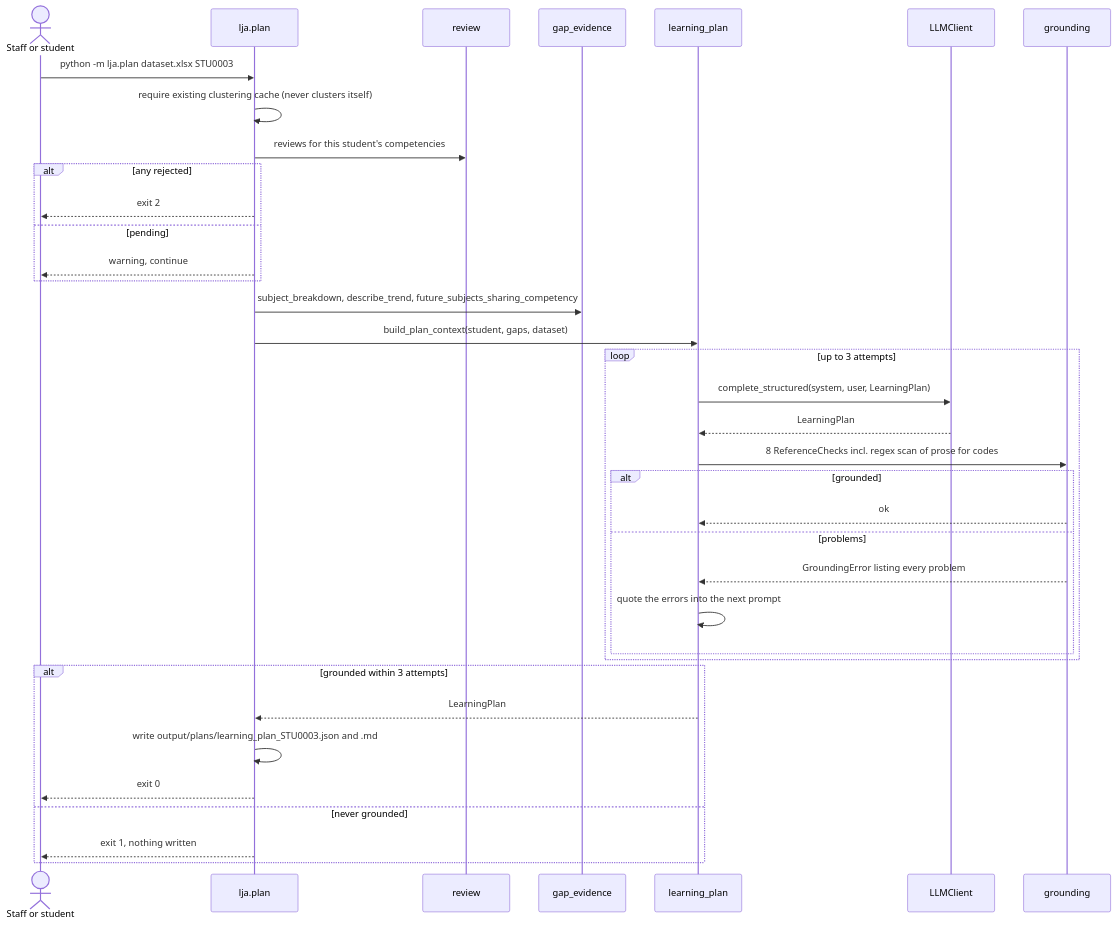
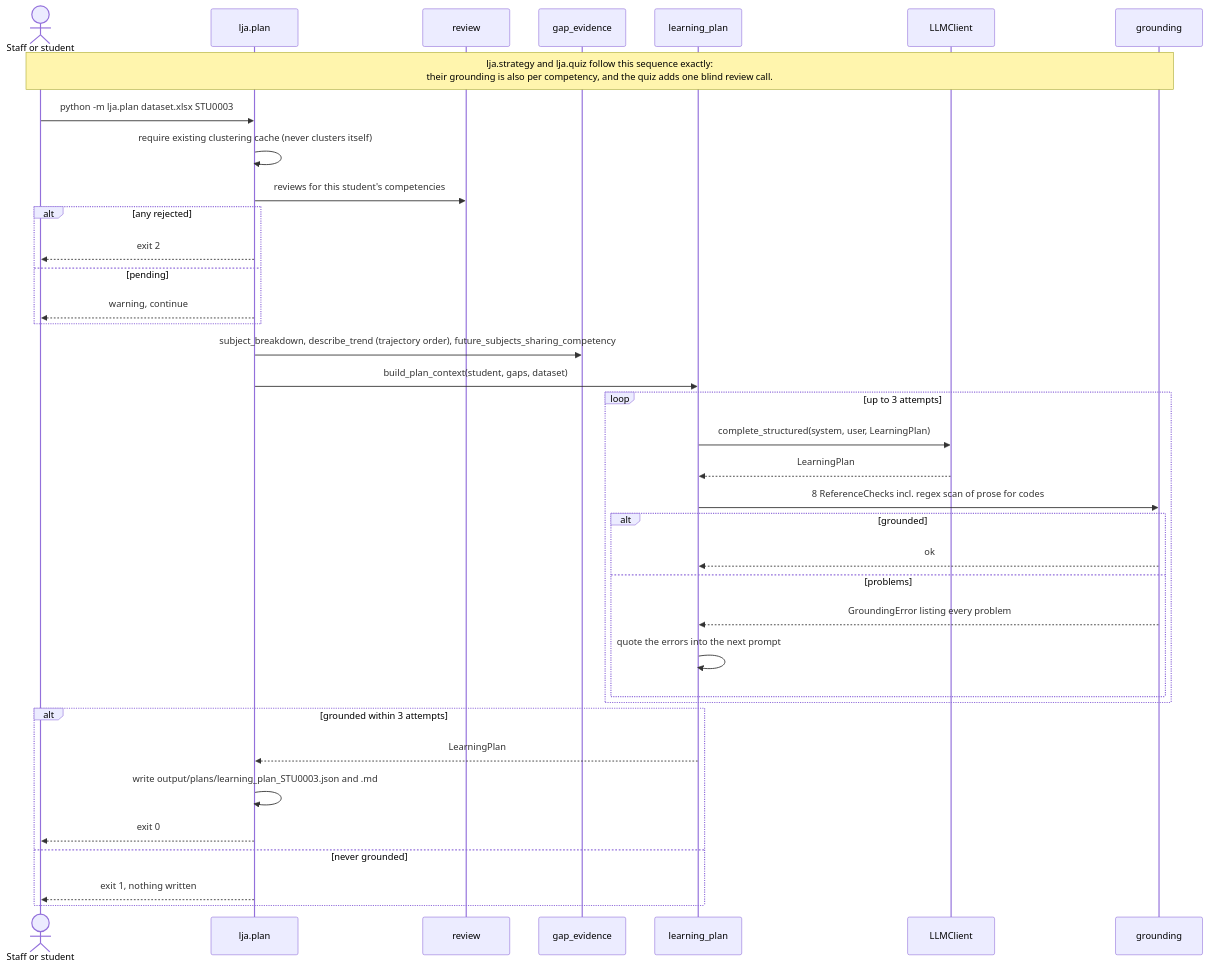
One commit to yetanotherpassword/LearningJourneyAssistant changed the diagram in docs/handover/diagrams/05-seq-learning-plan.mmd. Above: the diagram before and after it, drawn with Mermaid. The commit also changed 48 other files, not shown here.

```diff
--- a/docs/handover/diagrams/05-seq-learning-plan.mmd
+++ b/docs/handover/diagrams/05-seq-learning-plan.mmd
@@ -1,37 +1,38 @@
 sequenceDiagram
     actor U as Staff or student
     participant P as lja.plan
     participant RV as review
     participant GE as gap_evidence
     participant LP as learning_plan
     participant LLM as LLMClient
     participant GR as grounding
 
+    Note over U,GR: lja.strategy and lja.quiz follow this sequence exactly:<br/>their grounding is also per competency, and the quiz adds one blind review call.
     U->>P: python -m lja.plan dataset.xlsx STU0003
     P->>P: require existing clustering cache (never clusters itself)
     P->>RV: reviews for this student's competencies
     alt any rejected
         P-->>U: exit 2
     else pending
         P-->>U: warning, continue
     end
-    P->>GE: subject_breakdown, describe_trend, future_subjects_sharing_competency
+    P->>GE: subject_breakdown, describe_trend (trajectory order), future_subjects_sharing_competency
     P->>LP: build_plan_context(student, gaps, dataset)
     loop up to 3 attempts
         LP->>LLM: complete_structured(system, user, LearningPlan)
         LLM-->>LP: LearningPlan
         LP->>GR: 8 ReferenceChecks incl. regex scan of prose for codes
         alt grounded
             GR-->>LP: ok
         else problems
             GR-->>LP: GroundingError listing every problem
             LP->>LP: quote the errors into the next prompt
         end
     end
     alt grounded within 3 attempts
         LP-->>P: LearningPlan
         P->>P: write output/plans/learning_plan_STU0003.json and .md
         P-->>U: exit 0
     else never grounded
         P-->>U: exit 1, nothing written
     end
```
